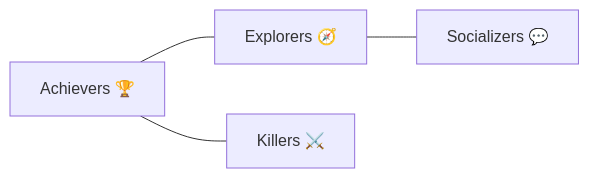
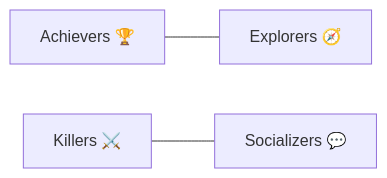
Before and after one commit to TrEtLiz/prepod: the second of 2 diagrams in prepod/topics/ru/lec3.md, drawn with Mermaid.

````diff
--- a/prepod/topics/ru/lec3.md
+++ b/prepod/topics/ru/lec3.md
@@ -133,6 +133,5 @@
 ```mermaid
 graph LR
 A[Achievers 🏆] --- B[Explorers 🧭]
-A --- C[Killers ⚔️]
-B --- D[Socializers 💬]
+C[Killers ⚔️] --- D[Socializers 💬]
 ```
````
